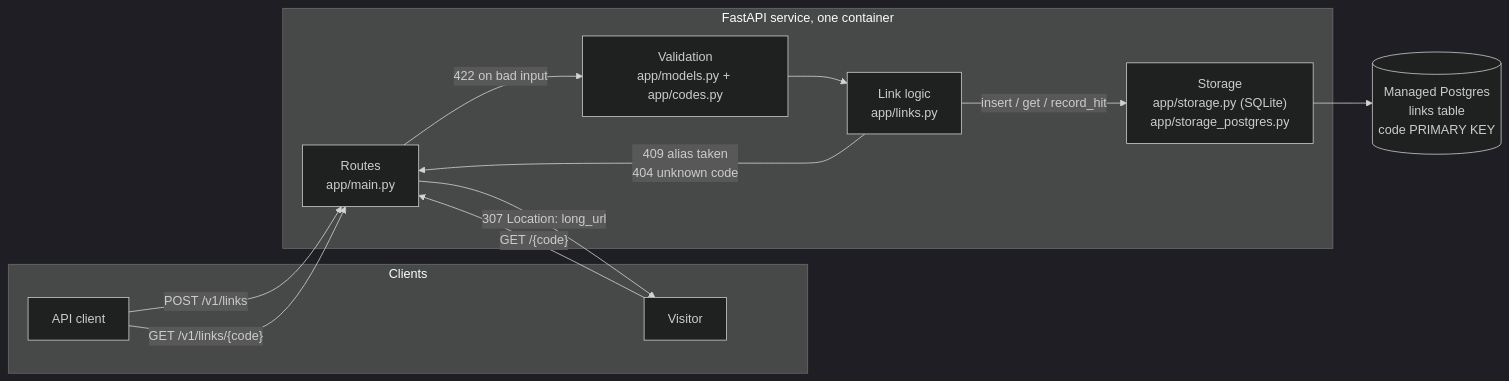
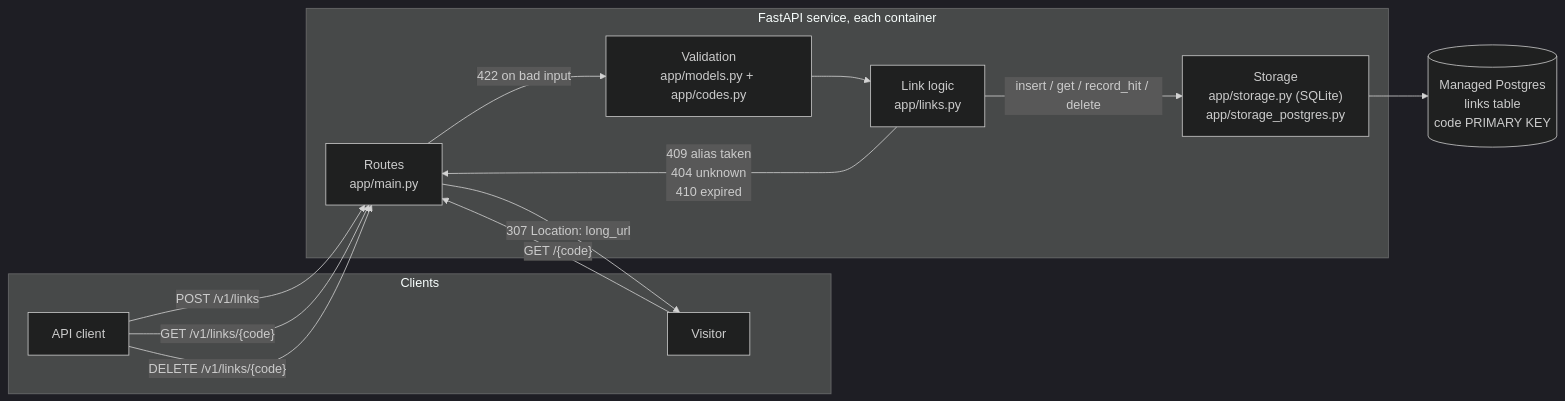
Before and after one commit to JulianMcOmie/url-shortener: the first of 2 diagrams in README.md, drawn with Mermaid (dark theme). The commit also changed other lines of this file and 2 other files, not shown here.

Commit message:
README accuracy fixes, app spec to 2 instances, requirements checklist

````diff
--- a/README.md
+++ b/README.md
@@ -88,26 +88,27 @@
 ```mermaid
 flowchart LR
     subgraph clients [Clients]
         C[API client]
         V[Visitor]
     end
 
-    subgraph service [FastAPI service, one container]
+    subgraph service [FastAPI service, each container]
         R["Routes<br/>app/main.py"]
         M["Validation<br/>app/models.py + app/codes.py"]
         L["Link logic<br/>app/links.py"]
         S["Storage<br/>app/storage.py (SQLite)<br/>app/storage_postgres.py"]
     end
 
     DB[("Managed Postgres<br/>links table<br/>code PRIMARY KEY")]
 
     C -- "POST /v1/links" --> R
     C -- "GET /v1/links/{code}" --> R
+    C -- "DELETE /v1/links/{code}" --> R
     V -- "GET /{code}" --> R
     R -- "422 on bad input" --> M
     M --> L
-    L -- "insert / get / record_hit" --> S
+    L -- "insert / get / record_hit / delete" --> S
     S --> DB
-    L -- "409 alias taken<br/>404 unknown code" --> R
+    L -- "409 alias taken<br/>404 unknown<br/>410 expired" --> R
     R -- "307 Location: long_url" --> V
 ```
````
